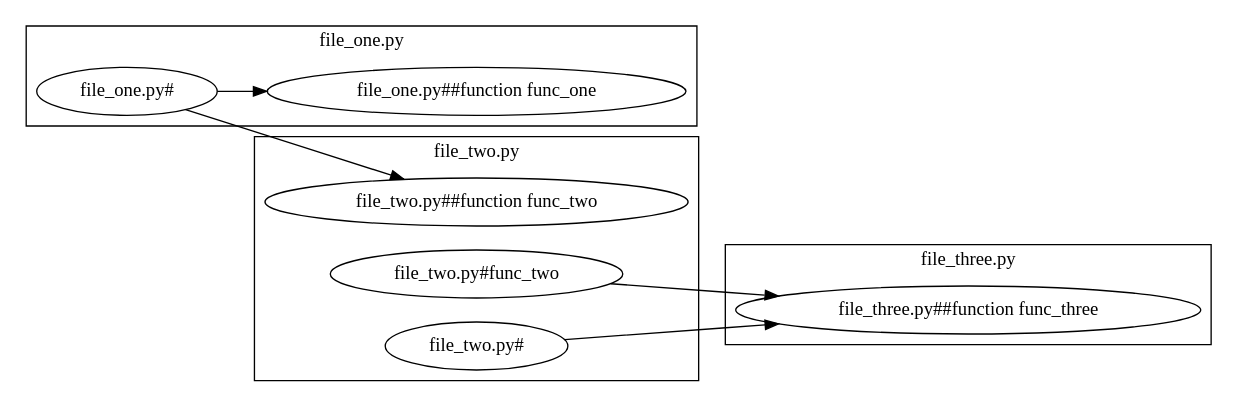
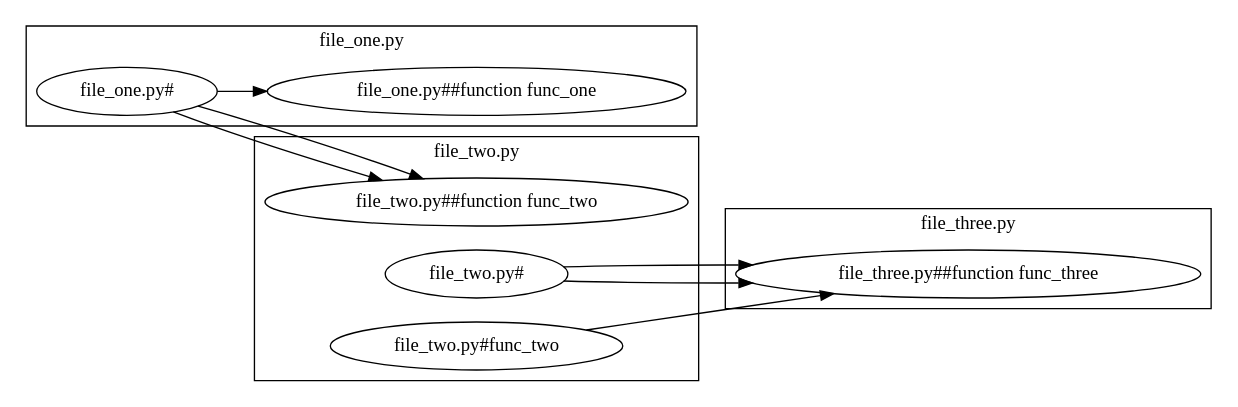
Before and after one commit to selfint/CodeBlocks: the diagram in examples/three_files/code_blocks.gv, drawn with Graphviz. The commit also changed 19 other files, not shown here.

```diff
--- a/examples/three_files/code_blocks.gv
+++ b/examples/three_files/code_blocks.gv
@@ -1,26 +1,30 @@
 digraph G {
 	graph [rankdir=LR]
+	subgraph "cluster_file_one.py" {
+		graph [rankdir=LR]
+		graph [label="file_one.py"]
+		"file_one.py##func_one" [label="file_one.py##function func_one"]
+		"file_one.py#" [label="file_one.py#"]
+		"file_one.py#" [label="file_one.py#"]
+		"file_one.py#" [label="file_one.py#"]
+	}
 	subgraph "cluster_file_three.py" {
 		graph [rankdir=LR]
 		graph [label="file_three.py"]
 		"file_three.py##func_three" [label="file_three.py##function func_three"]
 	}
 	subgraph "cluster_file_two.py" {
 		graph [rankdir=LR]
 		graph [label="file_two.py"]
 		"file_two.py##func_two" [label="file_two.py##function func_two"]
+		"file_two.py#" [label="file_two.py#"]
 		"file_two.py#func_two" [label="file_two.py#func_two"]
 		"file_two.py#" [label="file_two.py#"]
 	}
-	subgraph "cluster_file_one.py" {
-		graph [rankdir=LR]
-		graph [label="file_one.py"]
-		"file_one.py##func_one" [label="file_one.py##function func_one"]
-		"file_one.py#" [label="file_one.py#"]
-		"file_one.py#" [label="file_one.py#"]
-	}
+	"file_one.py#" -> "file_two.py##func_two"
+	"file_one.py#" -> "file_one.py##func_one"
+	"file_one.py#" -> "file_two.py##func_two"
+	"file_two.py#" -> "file_three.py##func_three"
 	"file_two.py#" -> "file_three.py##func_three"
 	"file_two.py#func_two" -> "file_three.py##func_three"
-	"file_one.py#" -> "file_two.py##func_two"
-	"file_one.py#" -> "file_one.py##func_one"
 }
```
